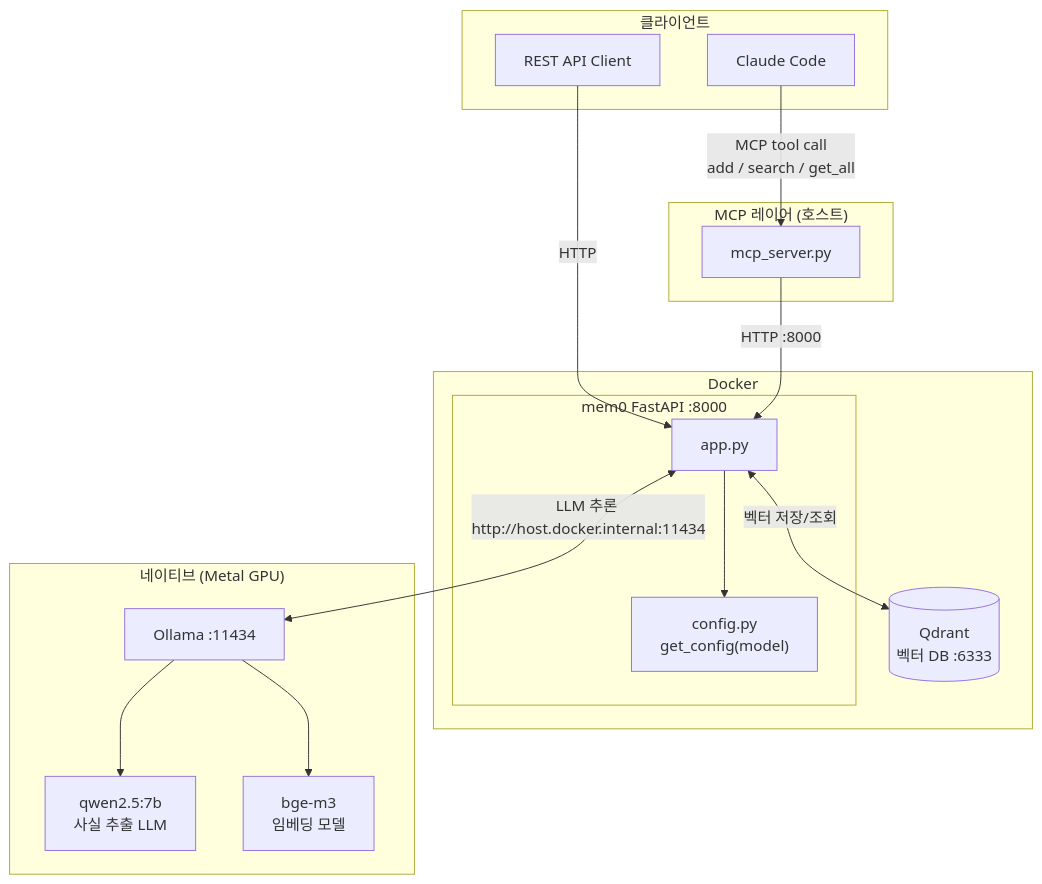
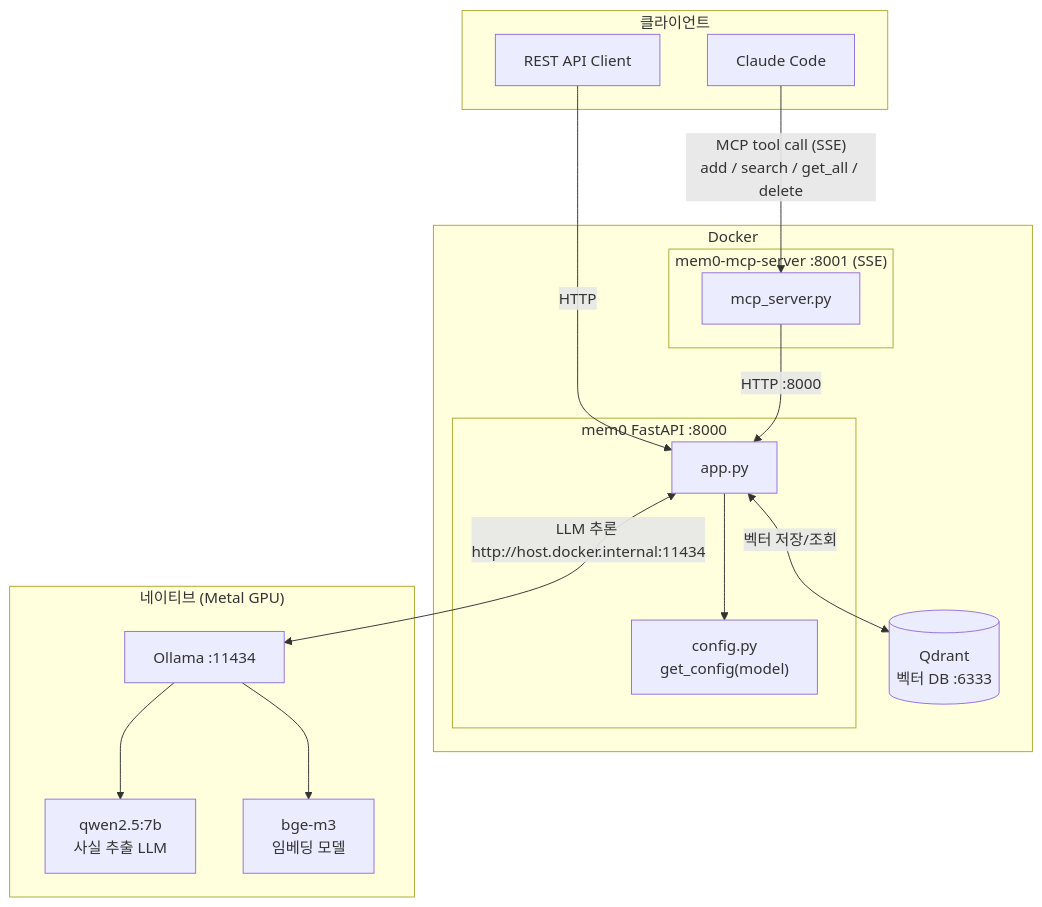
One commit to jayjlee29/mem0-local changed the first of 5 diagrams in architecture.md. Above: the diagram before and after it, drawn with Mermaid. The commit also changed other lines of this file and 10 other files, not shown here.

````diff
--- a/architecture.md
+++ b/architecture.md
@@ -5,34 +5,34 @@
 ```mermaid
 flowchart TD
     subgraph Client["클라이언트"]
         A["Claude Code"]
         B["REST API Client"]
     end
 
-    subgraph MCP["MCP 레이어 (호스트)"]
-        C["mcp_server.py"]
-    end
+    subgraph Docker["Docker"]
+        subgraph MCP["mem0-mcp-server :8001 (SSE)"]
+            C["mcp_server.py"]
+        end
 
-    subgraph Docker["Docker"]
         subgraph API["mem0 FastAPI :8000"]
             D["app.py"]
             E["config.py\nget_config(model)"]
         end
         F[("Qdrant\n벡터 DB :6333")]
     end
 
     subgraph Native["네이티브 (Metal GPU)"]
         G["Ollama :11434"]
         G1["qwen2.5:7b\n사실 추출 LLM"]
         G2["bge-m3\n임베딩 모델"]
         G --> G1
         G --> G2
     end
 
-    A -->|"MCP tool call\nadd / search / get_all"| C
+    A -->|"MCP tool call (SSE)\nadd / search / get_all / delete"| C
     B -->|"HTTP"| D
     C -->|"HTTP :8000"| D
     D --> E
     D <-->|"벡터 저장/조회"| F
     D <-->|"LLM 추론 http://host.docker.internal:11434"| G
 ```
````
